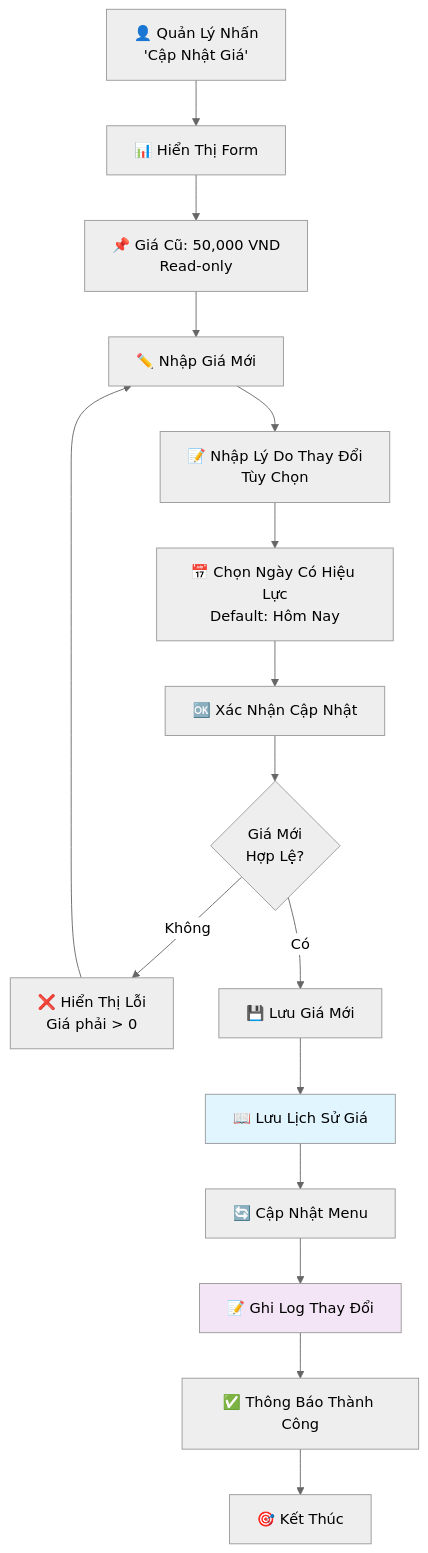
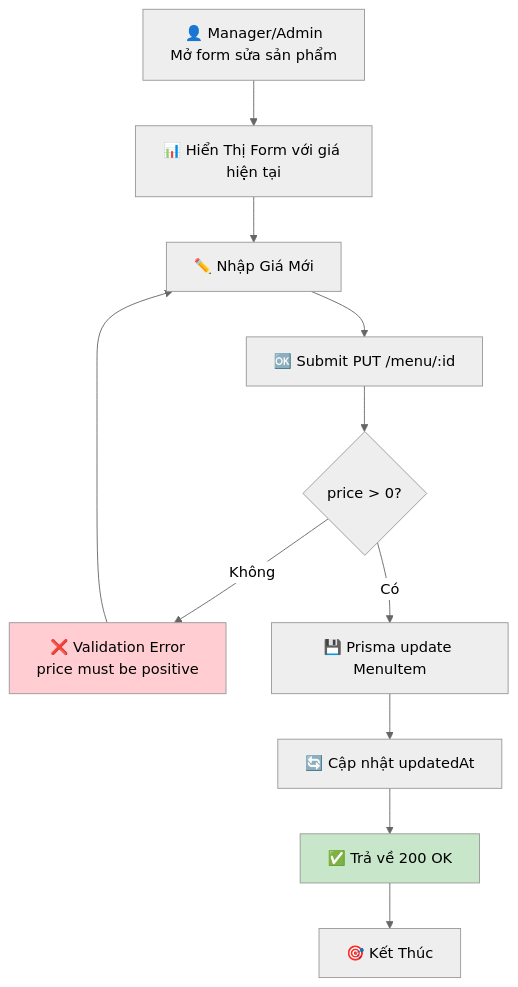
The sixth of 12 diagrams in docs/diagrams/MENU_MANAGEMENT_DIAGRAMS.md (huy1235588/restaurant-management), drawn with Mermaid (neutral theme) before and after one commit. The commit also changed other lines of this file and 18 other files, not shown here.

````diff
--- a/docs/diagrams/MENU_MANAGEMENT_DIAGRAMS.md
+++ b/docs/diagrams/MENU_MANAGEMENT_DIAGRAMS.md
@@ -265,21 +209,16 @@
 ```mermaid
 flowchart TD
-    A["👤 Quản Lý Nhấn<br/>'Cập Nhật Giá'"] --> B["📊 Hiển Thị Form"]
-    B --> C["📌 Giá Cũ: 50,000 VND<br/>Read-only"]
-    C --> D["✏️ Nhập Giá Mới"]
-    D --> E["📝 Nhập Lý Do Thay Đổi<br/>Tùy Chọn"]
-    E --> F["📅 Chọn Ngày Có Hiệu Lực<br/>Default: Hôm Nay"]
-    F --> G["🆗 Xác Nhận Cập Nhật"]
-    G --> H{"Giá Mới<br/>Hợp Lệ?"}
-    H -->|Không| I["❌ Hiển Thị Lỗi<br/>Giá phải > 0"]
-    I --> D
-    H -->|Có| J["💾 Lưu Giá Mới"]
-    J --> K["📖 Lưu Lịch Sử Giá"]
-    K --> L["🔄 Cập Nhật Menu"]
-    L --> M["📝 Ghi Log Thay Đổi"]
-    M --> N["✅ Thông Báo Thành Công"]
-    N --> O["🎯 Kết Thúc"]
+    A["👤 Manager/Admin<br/>Mở form sửa sản phẩm"] --> B["📊 Hiển Thị Form với giá hiện tại"]
+    B --> C["✏️ Nhập Giá Mới"]
+    C --> D["🆗 Submit PUT /menu/:id"]
+    D --> E{"price > 0?"}
+    E -->|Không| F["❌ Validation Error<br/>price must be positive"]
+    F --> C
+    E -->|Có| G["💾 Prisma update MenuItem"]
+    G --> H["🔄 Cập nhật updatedAt"]
+    H --> I["✅ Trả về 200 OK"]
+    I --> J["🎯 Kết Thúc"]
 
-    style K fill:#e1f5ff
-    style M fill:#f3e5f5
+    style F fill:#ffcdd2
+    style I fill:#c8e6c9
 ```
````
